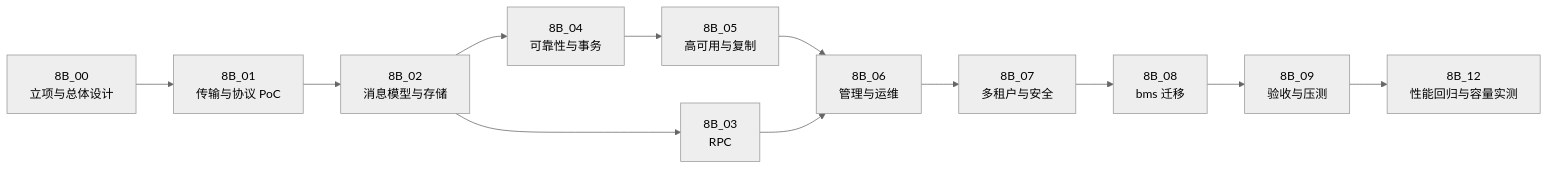
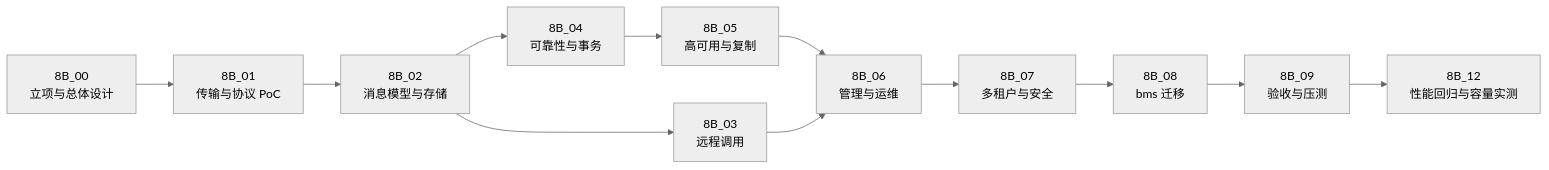
The diagram in msg文档/规划/01_规划_消息平台.md (minjian123/message-platform), drawn with Mermaid (neutral theme) before and after one commit. The commit also changed other lines of this file and 135 other files, not shown here.

````diff
--- a/msg文档/规划/01_规划_消息平台.md
+++ b/msg文档/规划/01_规划_消息平台.md
@@ -112,14 +112,14 @@
 ```mermaid
 flowchart LR
     A["8B_00<br/>立项与总体设计"] --> B["8B_01<br/>传输与协议 PoC"]
     B --> C["8B_02<br/>消息模型与存储"]
-    C --> D["8B_03<br/>RPC"]
+    C --> D["8B_03<br/>远程调用"]
     C --> E["8B_04<br/>可靠性与事务"]
     E --> F["8B_05<br/>高可用与复制"]
     F --> G["8B_06<br/>管理与运维"]
     D --> G
     G --> H["8B_07<br/>多租户与安全"]
     H --> I["8B_08<br/>bms 迁移"]
     I --> J["8B_09<br/>验收与压测"]
     J --> K["8B_12<br/>性能回归与容量实测"]
 ```
````
